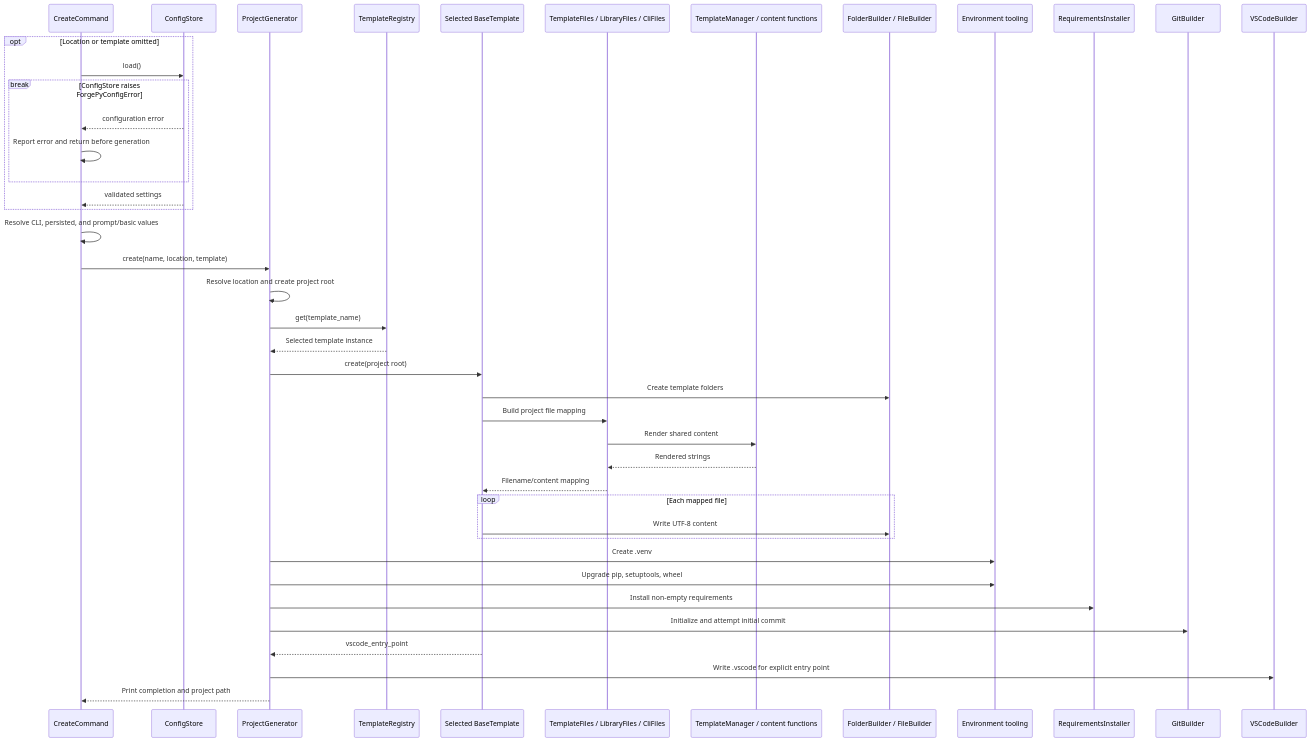
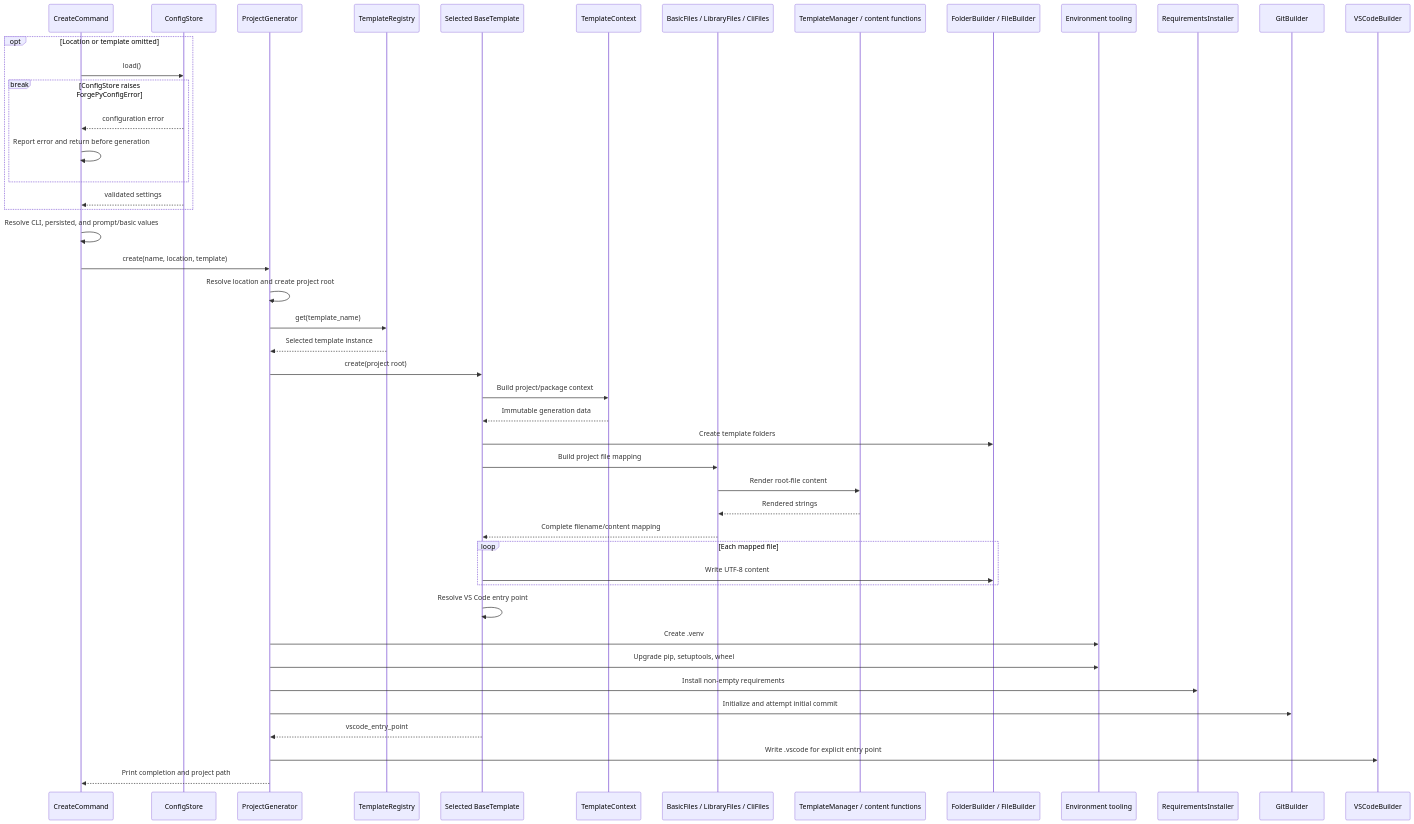
Before and after one commit to rendyzou89/ForgePy: the fourth of 4 diagrams in ARCHITECTURE.md, drawn with Mermaid. The commit also changed other lines of this file and 12 other files, not shown here.

Commit message:
refactor(template): simplify template file architecture

````diff
--- a/ARCHITECTURE.md
+++ b/ARCHITECTURE.md
@@ -310,45 +325,49 @@
 ```mermaid
 sequenceDiagram
     participant C as CreateCommand
     participant UC as ConfigStore
     participant G as ProjectGenerator
     participant TR as TemplateRegistry
     participant T as Selected BaseTemplate
-    participant F as TemplateFiles / LibraryFiles / CliFiles
+    participant TC as TemplateContext
+    participant F as BasicFiles / LibraryFiles / CliFiles
     participant TM as TemplateManager / content functions
     participant B as FolderBuilder / FileBuilder
     participant E as Environment tooling
     participant R as RequirementsInstaller
     participant Git as GitBuilder
     participant V as VSCodeBuilder
 
     opt Location or template omitted
         C->>UC: load()
         break ConfigStore raises ForgePyConfigError
             UC-->>C: configuration error
             C->>C: Report error and return before generation
         end
         UC-->>C: validated settings
     end
     C->>C: Resolve CLI, persisted, and prompt/basic values
     C->>G: create(name, location, template)
     G->>G: Resolve location and create project root
     G->>TR: get(template_name)
     TR-->>G: Selected template instance
     G->>T: create(project root)
+    T->>TC: Build project/package context
+    TC-->>T: Immutable generation data
     T->>B: Create template folders
     T->>F: Build project file mapping
-    F->>TM: Render shared content
+    F->>TM: Render root-file content
     TM-->>F: Rendered strings
-    F-->>T: Filename/content mapping
+    F-->>T: Complete filename/content mapping
     loop Each mapped file
         T->>B: Write UTF-8 content
     end
+    T->>T: Resolve VS Code entry point
     G->>E: Create .venv
     G->>E: Upgrade pip, setuptools, wheel
     G->>R: Install non-empty requirements
     G->>Git: Initialize and attempt initial commit
     T-->>G: vscode_entry_point
     G->>V: Write .vscode for explicit entry point
     G-->>C: Print completion and project path
 ```
````
